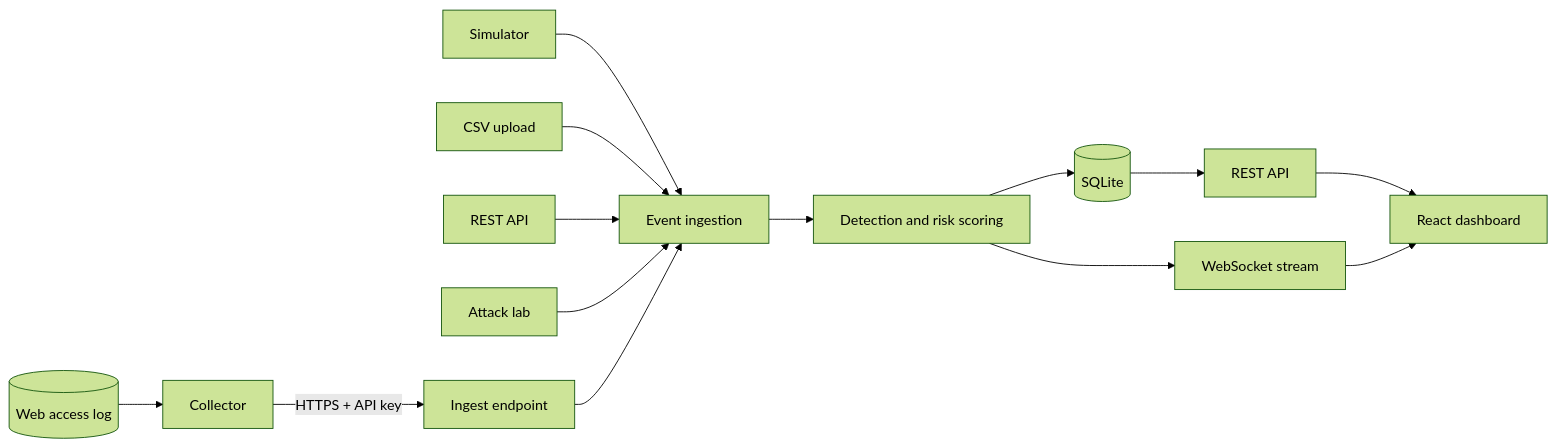
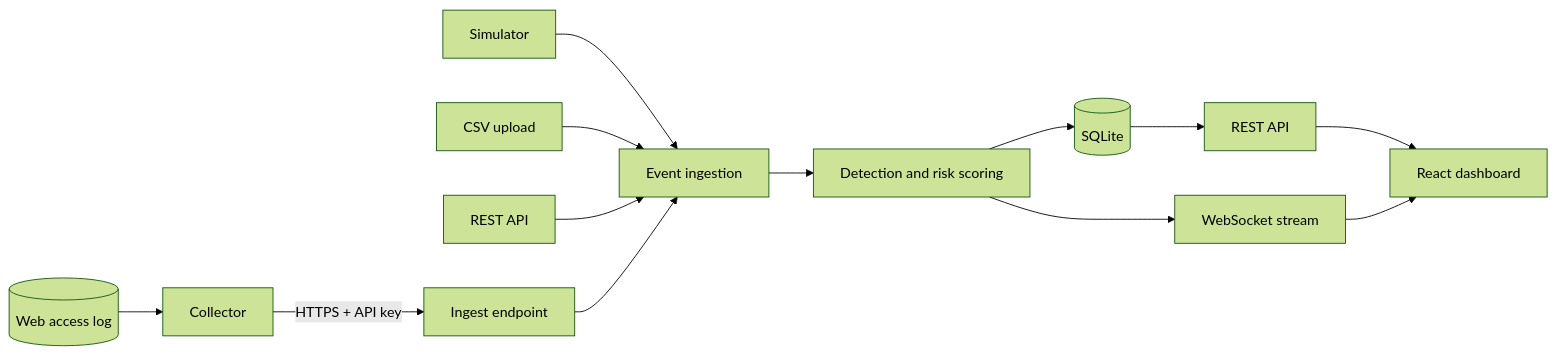
Before and after one commit to nooruddin011/NetSentinel: the diagram in README.md, drawn with Mermaid (forest theme). The commit also changed other lines of this file and 21 other files, not shown here.

Commit message:
Updated Overview heatmap & ommited Attack Lab Simulation Panel

````diff
--- a/README.md
+++ b/README.md
@@ -198,16 +198,15 @@
 ```mermaid
 flowchart LR
   SIM[Simulator] --> INGEST[Event ingestion]
   CSV[CSV upload] --> INGEST
   API[REST API] --> INGEST
-  LAB[Attack lab] --> INGEST
   LOG[(Web access log)] --> COL[Collector]
   COL -- "HTTPS + API key" --> DOOR[Ingest endpoint]
   DOOR --> INGEST
   INGEST --> DETECT[Detection and risk scoring]
   DETECT --> DB[(SQLite)]
   DETECT --> WS[WebSocket stream]
   DB --> REST[REST API]
   REST --> UI[React dashboard]
   WS --> UI
 ```
````
